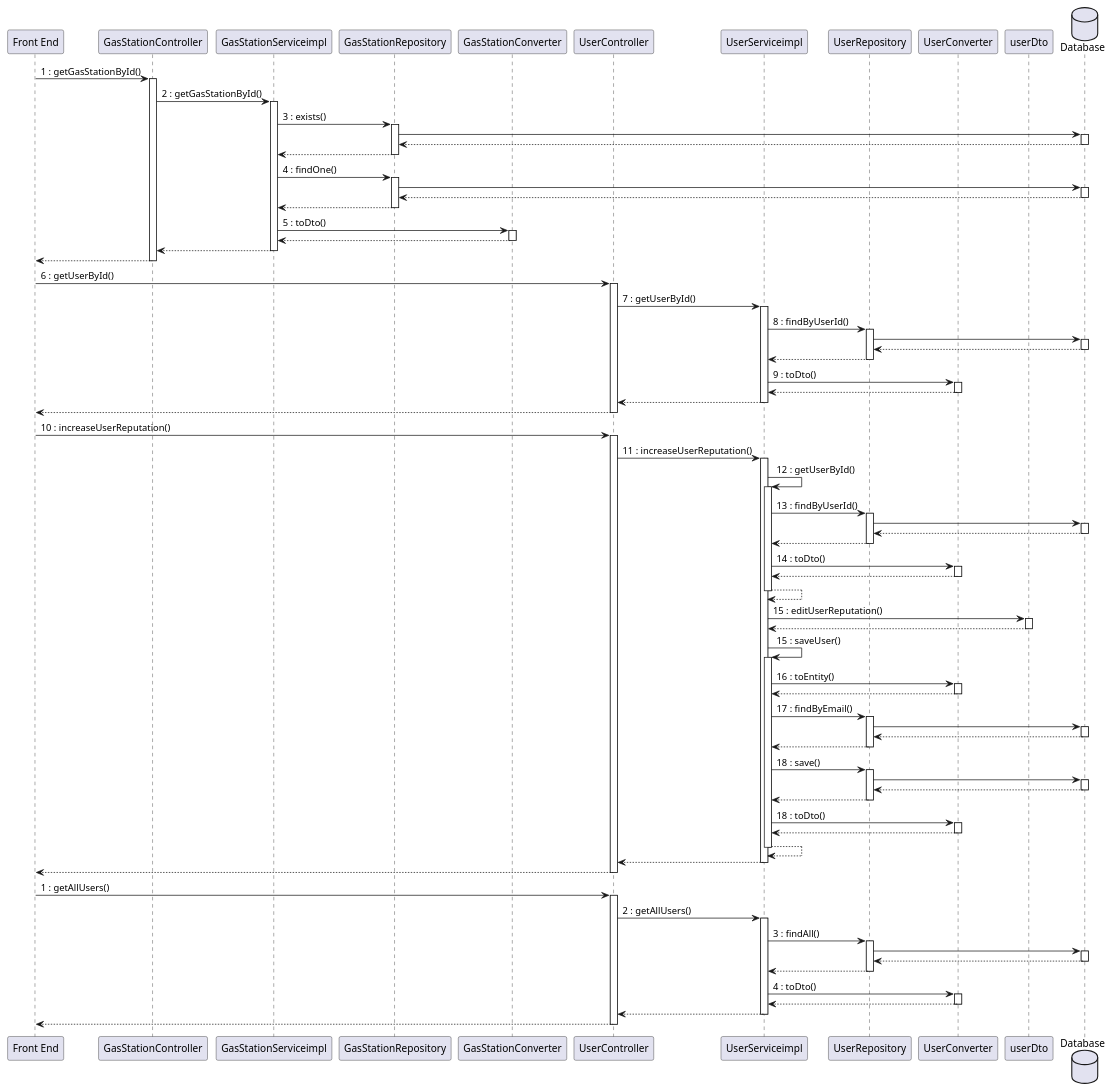
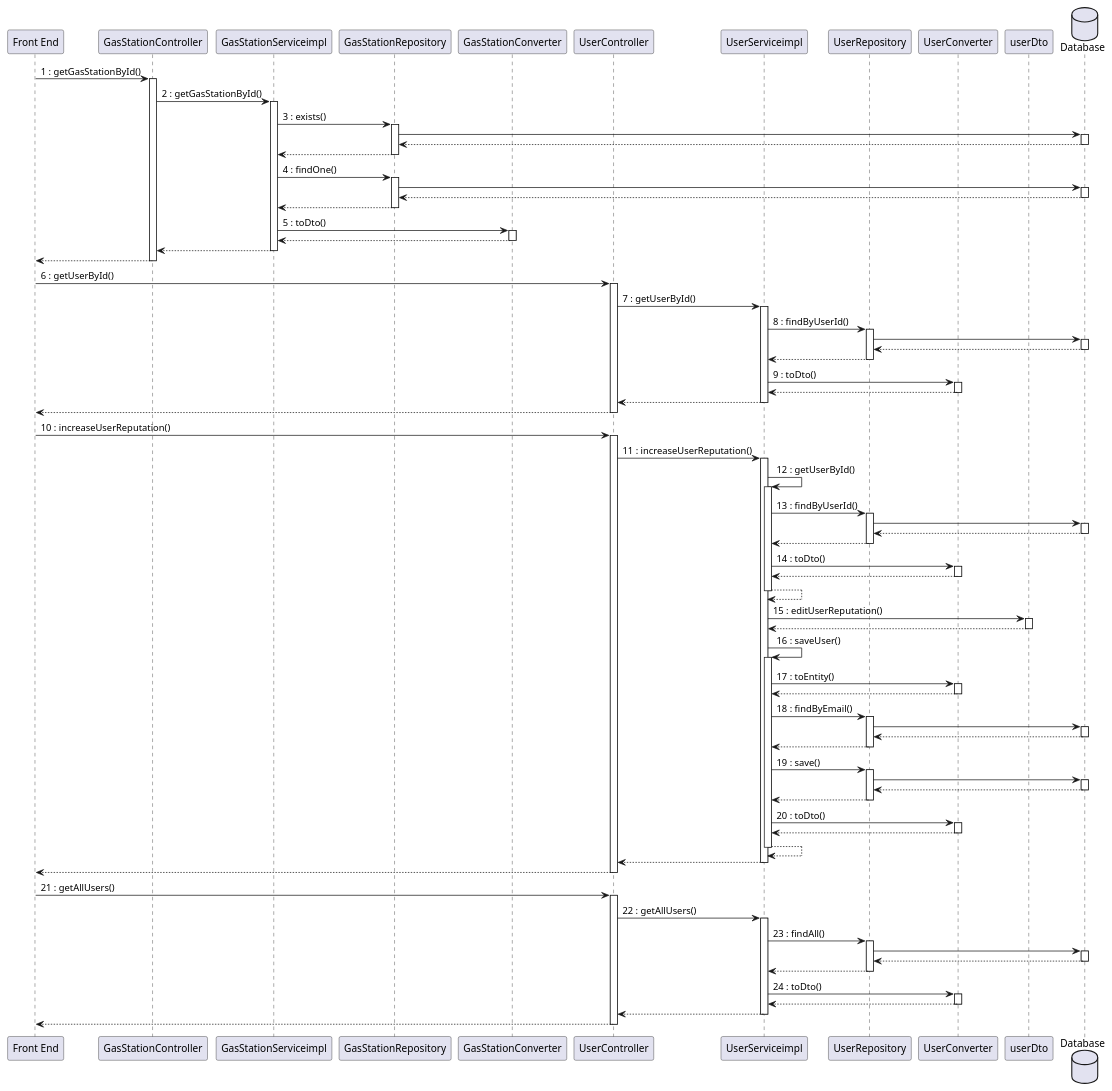
One commit to mosTavassoli/ezgas changed diagram 14 of 15 in docs/DesignDocument.md. Above: the diagram before and after it, drawn with PlantUML.

Commit message:
docs(DesignDocument): fix sequence diagram use case 10.1

```diff
--- a/docs/DesignDocument.md
+++ b/docs/DesignDocument.md
@@ -977,24 +977,24 @@
 activate userDto
 return
 
-UserServiceimpl -> UserServiceimpl:15 : saveUser()
+UserServiceimpl -> UserServiceimpl:16 : saveUser()
 activate UserServiceimpl
-UserServiceimpl -> UserConverter:16 : toEntity()
+UserServiceimpl -> UserConverter:17 : toEntity()
 activate UserConverter
 return
-UserServiceimpl -> UserRepository:17 : findByEmail()
+UserServiceimpl -> UserRepository:18 : findByEmail()
 activate UserRepository
 UserRepository -> Database:
 activate Database
 return
 return
-UserServiceimpl -> UserRepository:18 : save()
+UserServiceimpl -> UserRepository:19 : save()
 activate UserRepository
 UserRepository -> Database
 activate Database
 return
 return
-UserServiceimpl -> UserConverter:18 : toDto()
+UserServiceimpl -> UserConverter:20 : toDto()
 activate UserConverter
 return
 return
@@ -1002,17 +1002,17 @@
 return
 return
 
-"Front End" -> UserController:1 : getAllUsers()
+"Front End" -> UserController:21 : getAllUsers()
 activate UserController
-UserController -> UserServiceimpl:2 : getAllUsers()
+UserController -> UserServiceimpl:22 : getAllUsers()
 activate UserServiceimpl
-UserServiceimpl -> UserRepository:3 : findAll()
+UserServiceimpl -> UserRepository:23 : findAll()
 activate UserRepository
 UserRepository -> Database
 activate Database
 return
 return
-UserServiceimpl -> UserConverter:4 : toDto()
+UserServiceimpl -> UserConverter:24 : toDto()
 activate UserConverter
 return
 return
```
